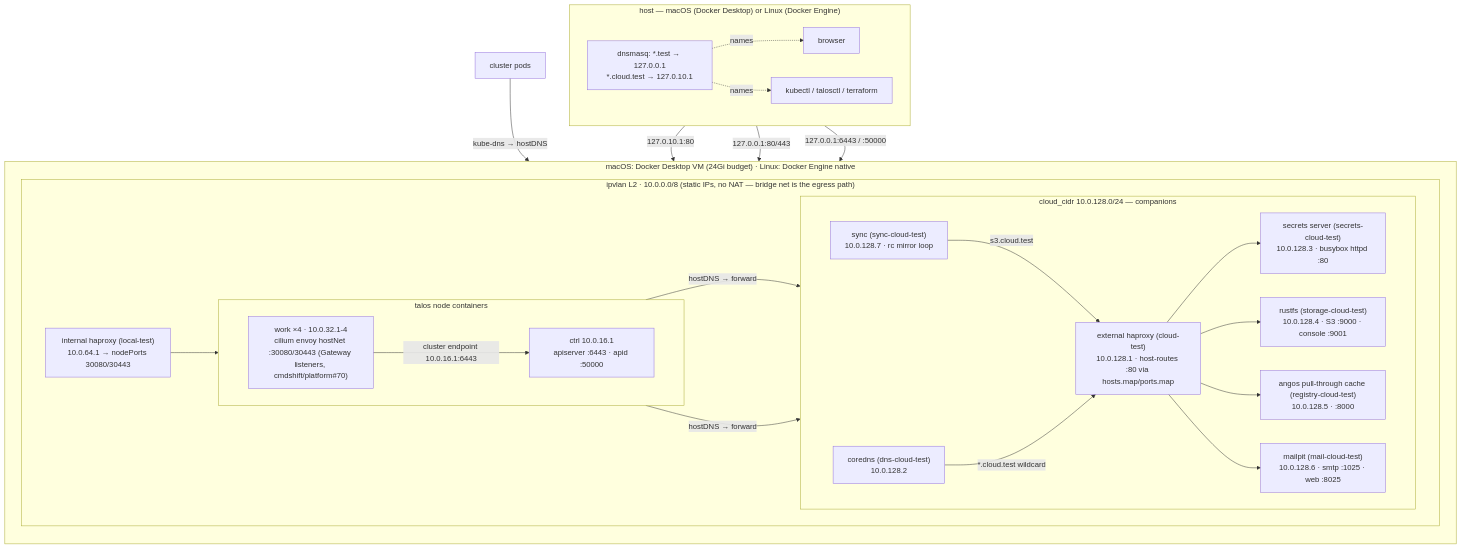
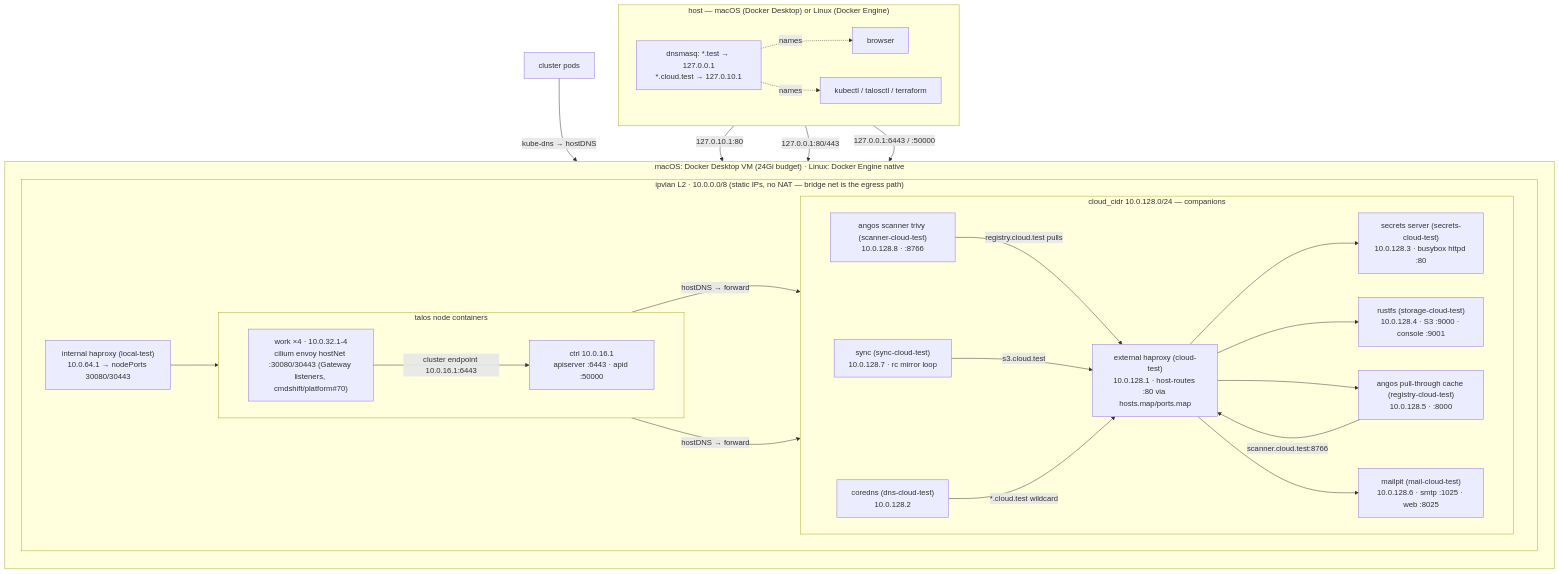
The diagram in cluster/local/ARCHITECTURE.md (cmdshift/platform), drawn with Mermaid before and after one commit. The commit also changed other lines of this file and 16 other files, not shown here.

First line of the commit message:
feat(cluster): adopt angos native image scanning — trivy scanner companion, registry 1.8.0

````diff
--- a/cluster/local/ARCHITECTURE.md
+++ b/cluster/local/ARCHITECTURE.md
@@ -7,44 +7,47 @@
 ```mermaid
 flowchart TB
   subgraph host["host — macOS (Docker Desktop) or Linux (Docker Engine)"]
     direction LR
     BR["browser"]
     KC["kubectl / talosctl / terraform"]
     DNSMASQ["dnsmasq: *.test → 127.0.0.1\n*.cloud.test → 127.0.10.1"]
   end
 
   subgraph vm["macOS: Docker Desktop VM (24Gi budget) · Linux: Docker Engine native"]
     direction TB
     subgraph iv["ipvlan L2 · 10.0.0.0/8 (static IPs, no NAT — bridge net is the egress path)"]
       direction LR
       subgraph cloud["cloud_cidr 10.0.128.0/24 — companions"]
         direction LR
         X["external haproxy (cloud-test)\n10.0.128.1 · host-routes :80 via hosts.map/ports.map"]
         CD["coredns (dns-cloud-test)\n10.0.128.2"]
         SE["secrets server (secrets-cloud-test)\n10.0.128.3 · busybox httpd :80"]
         RU["rustfs (storage-cloud-test)\n10.0.128.4 · S3 :9000 · console :9001"]
         AN["angos pull-through cache (registry-cloud-test)\n10.0.128.5 · :8000"]
         MP["mailpit (mail-cloud-test)\n10.0.128.6 · smtp :1025 · web :8025"]
         SY["sync (sync-cloud-test)\n10.0.128.7 · rc mirror loop"]
+        SC["angos scanner trivy (scanner-cloud-test)\n10.0.128.8 · :8766"]
       end
       subgraph nodes["talos node containers"]
         direction LR
         CP["ctrl 10.0.16.1\napiserver :6443 · apid :50000"]
         WK["work ×4 · 10.0.32.1-4\ncilium envoy hostNet :30080/30443 (Gateway listeners, cmdshift/platform#70)"]
       end
       LB["internal haproxy (local-test)\n10.0.64.1 → nodePorts 30080/30443"]
     end
   end
 
   DNSMASQ -. names .-> BR & KC
   BR -- "127.0.10.1:80" --> X
   BR -- "127.0.0.1:80/443" --> LB
   KC -- "127.0.0.1:6443 / :50000" --> CP
   X --> SE & RU & AN & MP
+  AN -- "scanner.cloud.test:8766" --> X
+  SC -- "registry.cloud.test pulls" --> X
   LB --> WK
   WK -- "cluster endpoint 10.0.16.1:6443" --> CP
   SY -- "s3.cloud.test" --> X
   WK & CP -- "hostDNS → forward" --> CD
   CD -- "*.cloud.test wildcard" --> X
   pods["cluster pods"] -- "kube-dns → hostDNS" --> CD
 ```
````
